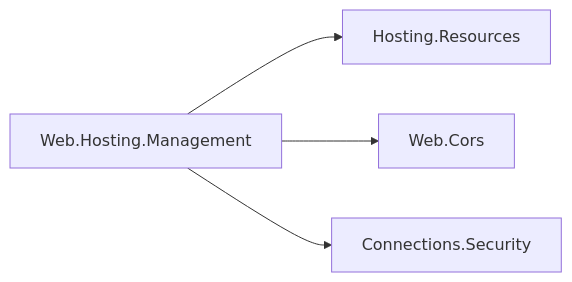
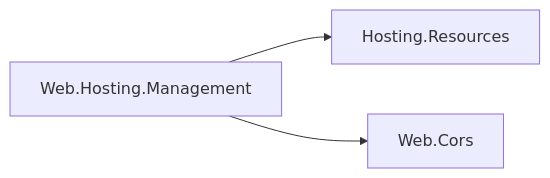
The diagram in resources/Web/Assimalign.Cohesion.Web.Hosting.Management/docs/DESIGN.md (assimalign/cohesion), drawn with Mermaid before and after one commit. The commit also changed other lines of this file and 267 other files, not shown here.

````diff
--- a/resources/Web/Assimalign.Cohesion.Web.Hosting.Management/docs/DESIGN.md
+++ b/resources/Web/Assimalign.Cohesion.Web.Hosting.Management/docs/DESIGN.md
@@ -6,6 +6,5 @@
 ```mermaid
 flowchart LR
     Management["Web.Hosting.Management"] --> Runtime["Hosting.Resources"]
     Management --> Cors["Web.Cors"]
-    Management --> Security["Connections.Security"]
 ```
````
